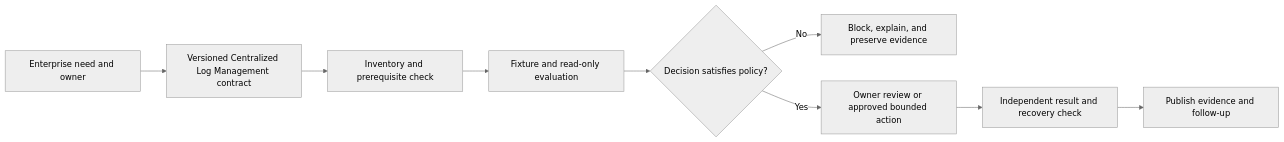
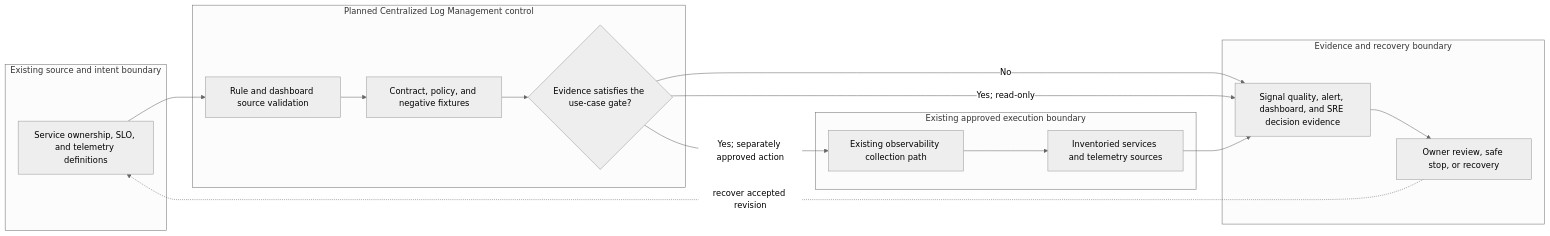
The diagram in docs/use-cases/observability/UC-OBS-004-centralized-log-management.md (MIDHTECH/enterprise-architecture-docs), drawn with Mermaid (neutral theme) before and after one commit. The commit also changed other lines of this file and 227 other files, not shown here.

Commit message:
Deepen architecture for all use case designs

````diff
--- a/docs/use-cases/observability/UC-OBS-004-centralized-log-management.md
+++ b/docs/use-cases/observability/UC-OBS-004-centralized-log-management.md
@@ -136,11 +129,25 @@
 ```mermaid
 flowchart LR
-    Need["Enterprise need and owner"] --> Contract["Versioned Centralized Log Management contract"]
-    Contract --> Preflight["Inventory and prerequisite check"]
-    Preflight --> Evaluate["Fixture and read-only evaluation"]
-    Evaluate --> Decision{"Decision satisfies policy?"}
-    Decision -->|No| Stop["Block, explain, and preserve evidence"]
-    Decision -->|Yes| Review["Owner review or approved bounded action"]
-    Review --> Verify["Independent result and recovery check"]
-    Verify --> Publish["Publish evidence and follow-up"]
+    subgraph Source["Existing source and intent boundary"]
+        A["Service ownership, SLO, and telemetry definitions"]
+    end
+    subgraph Planned["Planned Centralized Log Management control"]
+        B["Rule and dashboard source validation"]
+        C["Contract, policy, and negative fixtures"]
+        D{"Evidence satisfies the use-case gate?"}
+    end
+    subgraph Runtime["Existing approved execution boundary"]
+        E["Existing observability collection path"]
+        F["Inventoried services and telemetry sources"]
+    end
+    subgraph Assurance["Evidence and recovery boundary"]
+        G["Signal quality, alert, dashboard, and SRE decision evidence"]
+        H["Owner review, safe stop, or recovery"]
+    end
+
+    A --> B --> C --> D
+    D -->|No| G --> H
+    D -->|Yes; read-only| G
+    D -->|Yes; separately approved action| E --> F --> G
+    H -. recover accepted revision .-> A
 ```
````
